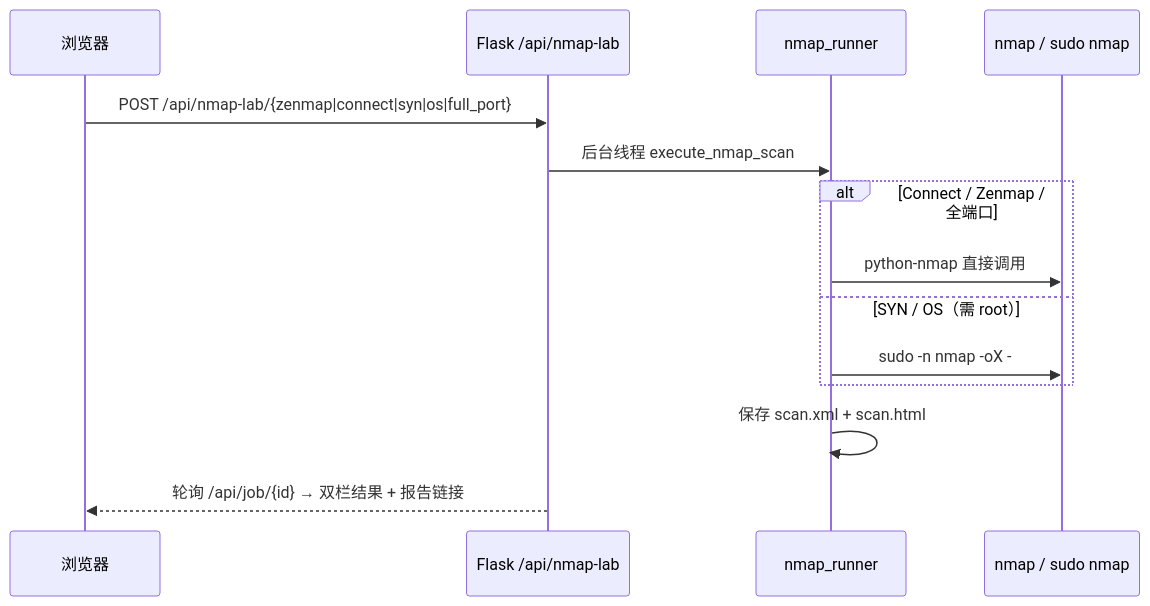
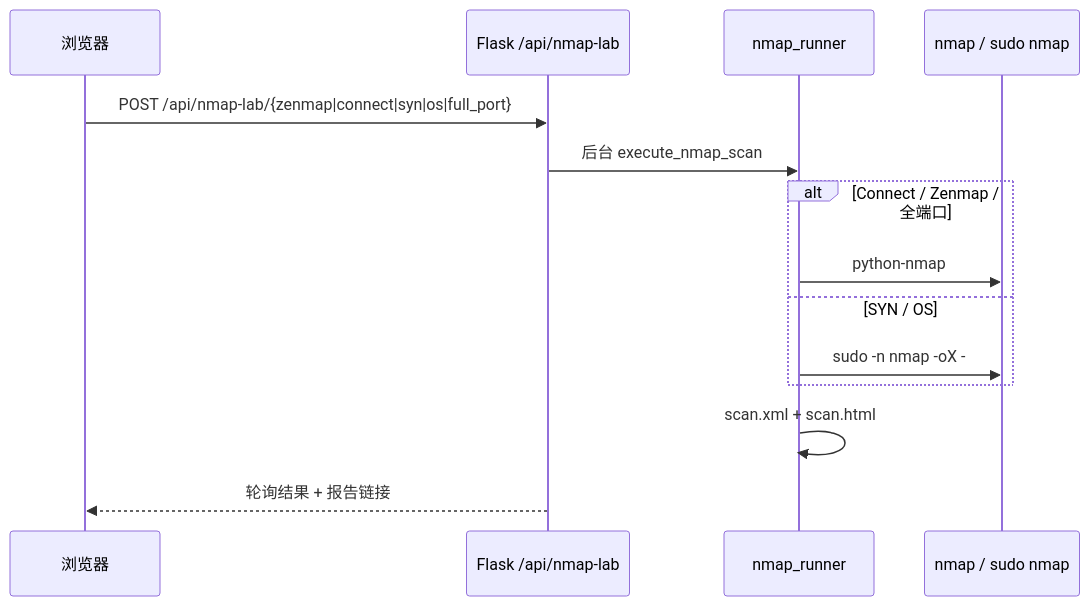
The fifth of 5 diagrams in InsightScan_项目说明.md (llg23456/insightscan), drawn with Mermaid before and after one commit. The commit also changed other lines of this file and 2 other files, not shown here.

````diff
--- a/InsightScan_项目说明.md
+++ b/InsightScan_项目说明.md
@@ -152,17 +158,17 @@
 ```mermaid
 sequenceDiagram
     participant B as 浏览器
     participant F as Flask /api/nmap-lab
     participant R as nmap_runner
     participant N as nmap / sudo nmap
 
     B->>F: POST /api/nmap-lab/{zenmap|connect|syn|os|full_port}
-    F->>R: 后台线程 execute_nmap_scan
+    F->>R: 后台 execute_nmap_scan
     alt Connect / Zenmap / 全端口
-        R->>N: python-nmap 直接调用
-    else SYN / OS（需 root）
+        R->>N: python-nmap
+    else SYN / OS
         R->>N: sudo -n nmap -oX -
     end
-    R->>R: 保存 scan.xml + scan.html
-    F-->>B: 轮询 /api/job/{id} → 双栏结果 + 报告链接
+    R->>R: scan.xml + scan.html
+    F-->>B: 轮询结果 + 报告链接
 ```
````
